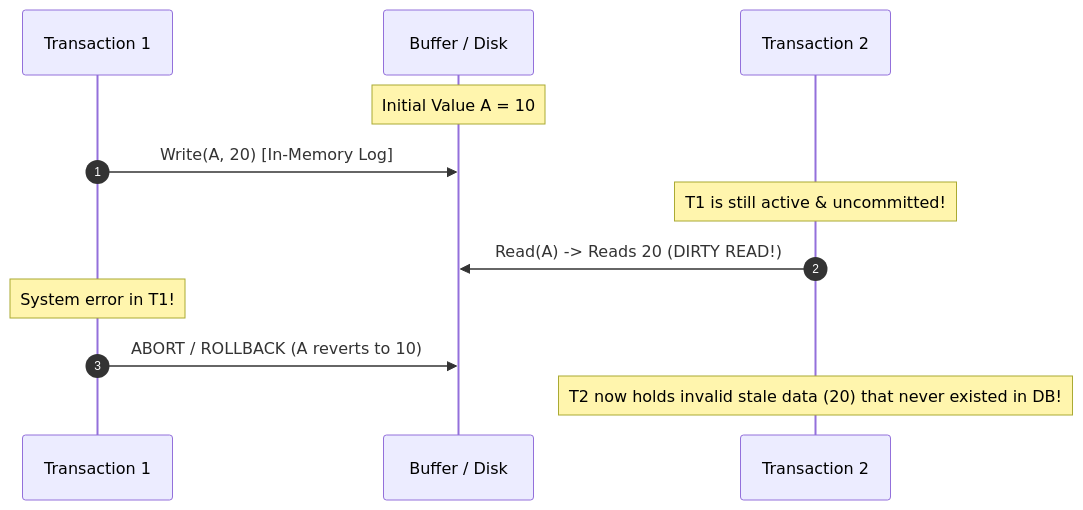
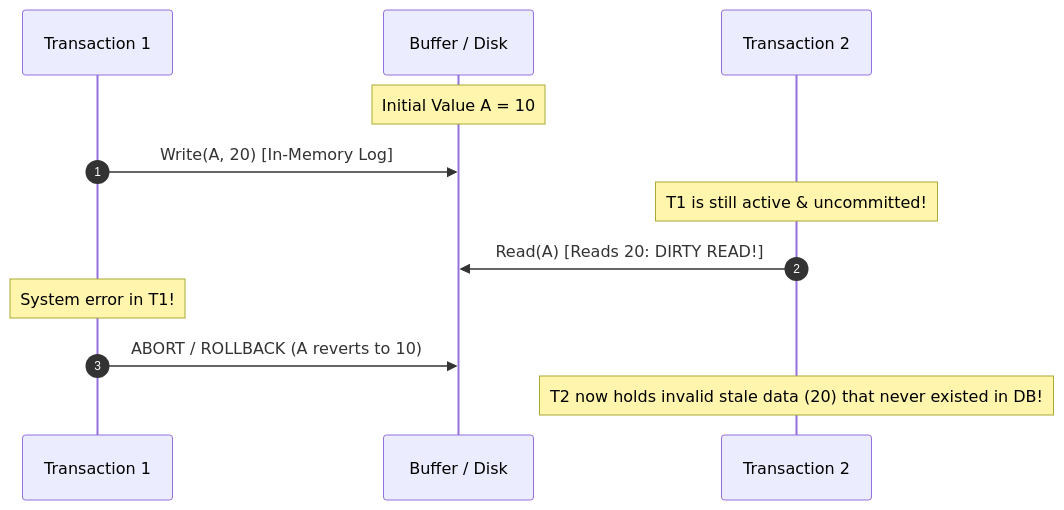
The fifth of 18 diagrams in 02-DBMS/Transactions-and-Concurrency-Control.md (rohithgowda18/Notes), drawn with Mermaid before and after one commit. The commit also changed other lines of this file and 4 other files, not shown here.

````diff
--- a/02-DBMS/Transactions-and-Concurrency-Control.md
+++ b/02-DBMS/Transactions-and-Concurrency-Control.md
@@ -189,15 +189,15 @@
 ```mermaid
 sequenceDiagram
     autonumber
     participant T1 as Transaction 1
     participant DB as Buffer / Disk
     participant T2 as Transaction 2
 
     Note over DB: Initial Value A = 10
     T1->>DB: Write(A, 20) [In-Memory Log]
     Note over T2: T1 is still active & uncommitted!
-    T2->>DB: Read(A) -> Reads 20 (DIRTY READ!)
+    T2->>DB: Read(A) [Reads 20: DIRTY READ!]
     Note over T1: System error in T1!
     T1->>DB: ABORT / ROLLBACK (A reverts to 10)
     Note over T2: T2 now holds invalid stale data (20) that never existed in DB!
 ```
````
